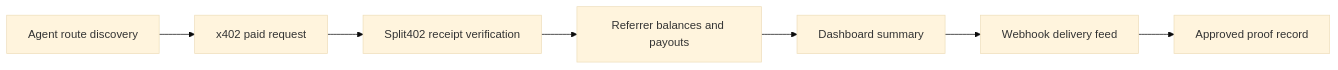
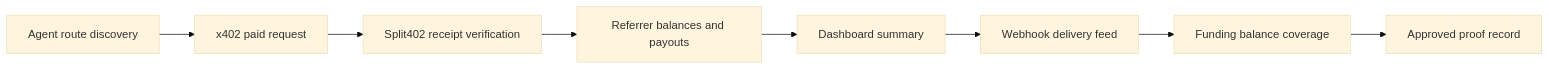
The diagram in docs/runbooks/phase7-staging-proof.md (split402protocol/splitx402), drawn with Mermaid (base theme) before and after one commit. The commit also changed other lines of this file and 8 other files, not shown here.

````diff
--- a/docs/runbooks/phase7-staging-proof.md
+++ b/docs/runbooks/phase7-staging-proof.md
@@ -20,17 +22,19 @@
 ```mermaid
 flowchart LR
   Discovery["Agent route discovery"]
   Payment["x402 paid request"]
   Receipt["Split402 receipt verification"]
   Earnings["Referrer balances and payouts"]
   Dashboard["Dashboard summary"]
   Webhooks["Webhook delivery feed"]
+  Funding["Funding balance coverage"]
   Approval["Approved proof record"]
 
   Discovery --> Payment
   Payment --> Receipt
   Receipt --> Earnings
   Earnings --> Dashboard
   Dashboard --> Webhooks
-  Webhooks --> Approval
+  Webhooks --> Funding
+  Funding --> Approval
 ```
````
